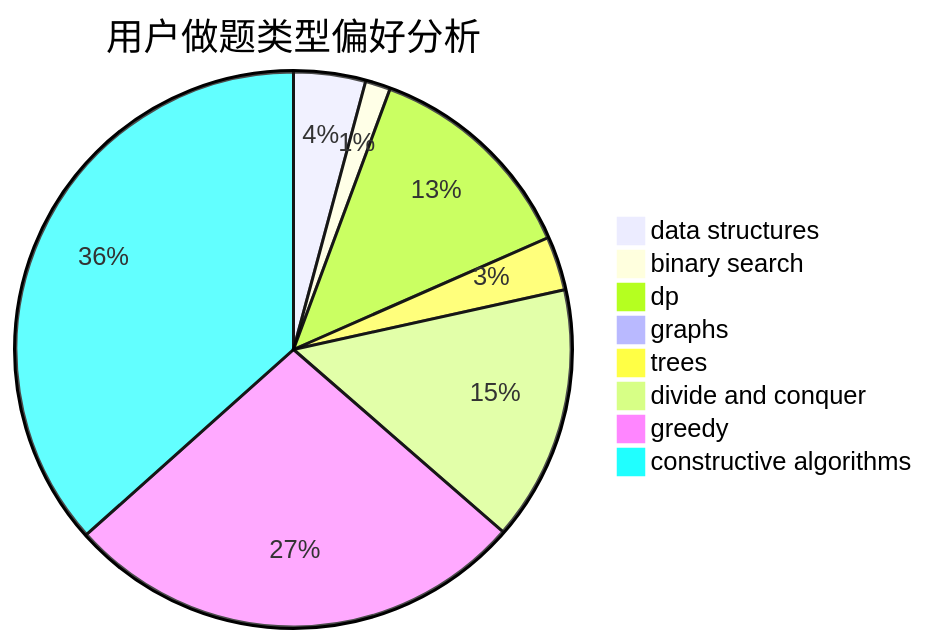
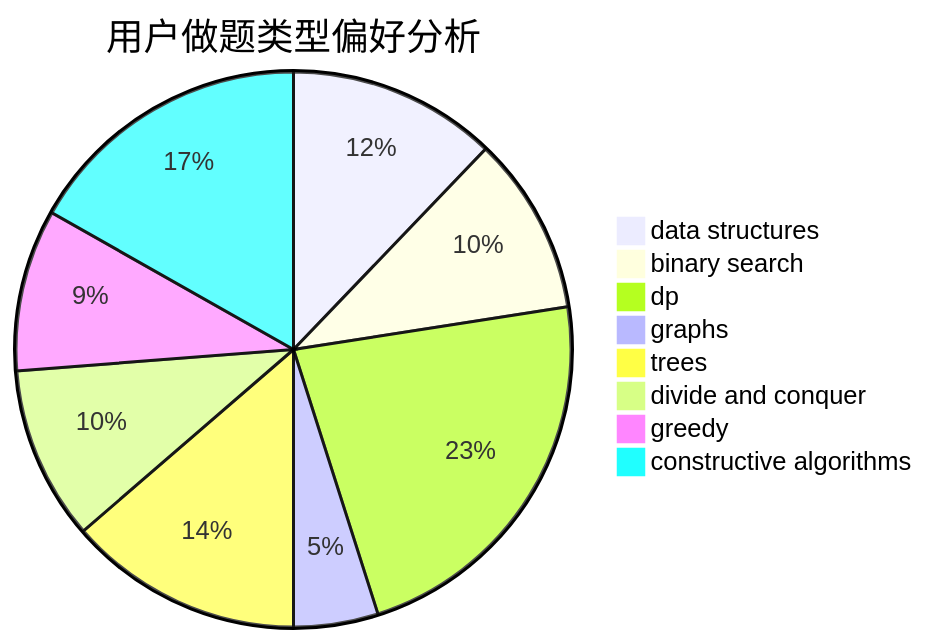
One commit to sherpahu/cfrs.github.io changed the second of 3 diagrams in docs/user/u2120.md. Above: the diagram before and after it, drawn with Mermaid. The commit also changed other lines of this file and 2770 other files, not shown here.

````diff
--- a/docs/user/u2120.md
+++ b/docs/user/u2120.md
@@ -23,11 +23,11 @@
 ```mermaid
 pie title 用户做题类型偏好分析
-    "data structures" :  20
-    "binary search" :  7
-    "dp" :  61
-    "graphs" :  3
-    "trees" :  15
-    "divide and conquer" :  71
-    "greedy" :  129
-    "constructive algorithms" :  175
+    "data structures" :  89
+    "binary search" :  76
+    "dp" :  165
+    "graphs" :  36
+    "trees" :  100
+    "divide and conquer" :  74
+    "greedy" :  69
+    "constructive algorithms" :  123
 ```
````
